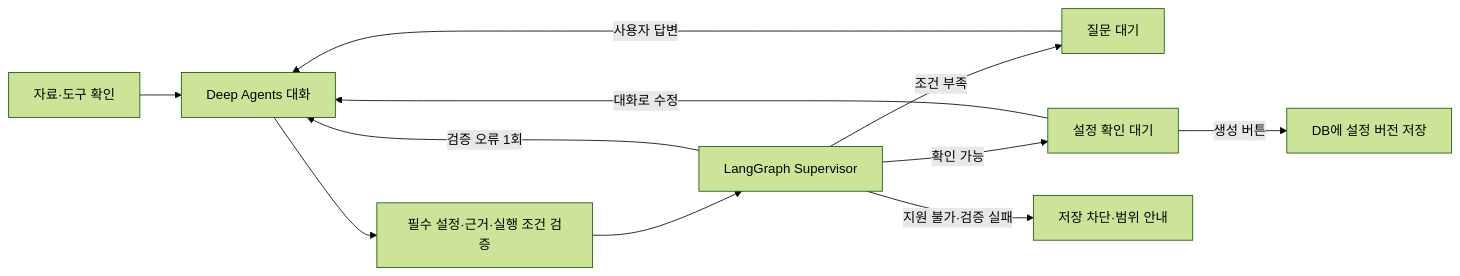
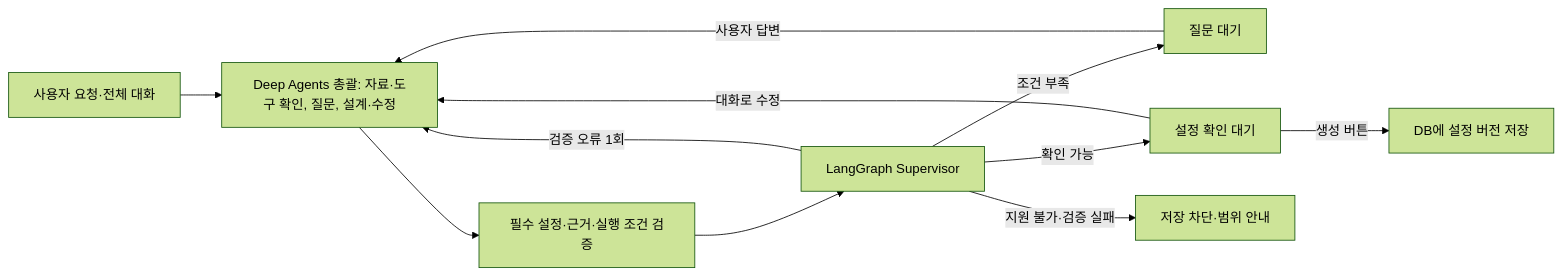
One commit to 20260528-skn-family-ai-33/SKN33-Final-5Team changed the diagram in docs/AGENT_BUILDER_ARCHITECTURE.md. Above: the diagram before and after it, drawn with Mermaid (forest theme). The commit also changed other lines of this file and 28 other files, not shown here.

Commit message:
Apply supplied A4B DeepAgents archive labeled 5cf9bf4

````diff
--- a/docs/AGENT_BUILDER_ARCHITECTURE.md
+++ b/docs/AGENT_BUILDER_ARCHITECTURE.md
@@ -7,13 +7,13 @@
 ```mermaid
 flowchart LR
-    R[자료·도구 확인] --> C[Deep Agents 대화]
+    R[사용자 요청·전체 대화] --> C[Deep Agents 총괄: 자료·도구 확인, 질문, 설계·수정]
     C --> V[필수 설정·근거·실행 조건 검증]
     V --> S[LangGraph Supervisor]
     S -->|조건 부족| Q[질문 대기]
     Q -->|사용자 답변| C
     S -->|검증 오류 1회| C
     S -->|확인 가능| A[설정 확인 대기]
     A -->|대화로 수정| C
     A -->|생성 버튼| D[DB에 설정 버전 저장]
     S -->|지원 불가·검증 실패| E[저장 차단·범위 안내]
 ```
````
